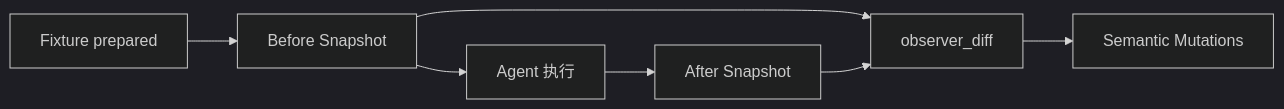
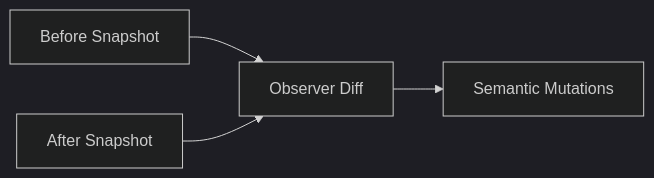
One commit to Arthur999459up/GitAgent changed the fifth of 10 diagrams in docs/14-evaluation-design.md. Above: the diagram before and after it, drawn with Mermaid (dark theme). The commit also changed other lines of this file and 15 other files, not shown here.

````diff
--- a/docs/14-evaluation-design.md
+++ b/docs/14-evaluation-design.md
@@ -322,9 +159,6 @@
 ```mermaid
 flowchart LR
-    P[Fixture prepared] --> B[Before Snapshot]
-    B --> A[Agent 执行]
-    A --> C[After Snapshot]
-    B --> D[observer_diff]
-    C --> D
+    B[Before Snapshot] --> D[Observer Diff]
+    A[After Snapshot] --> D
     D --> M[Semantic Mutations]
 ```
````
